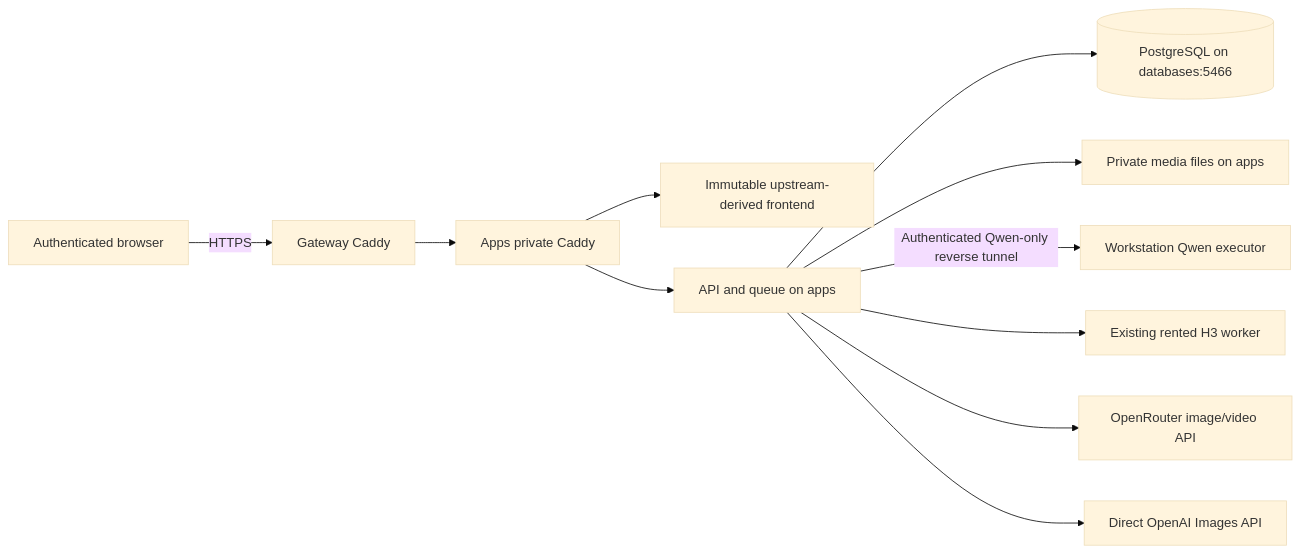
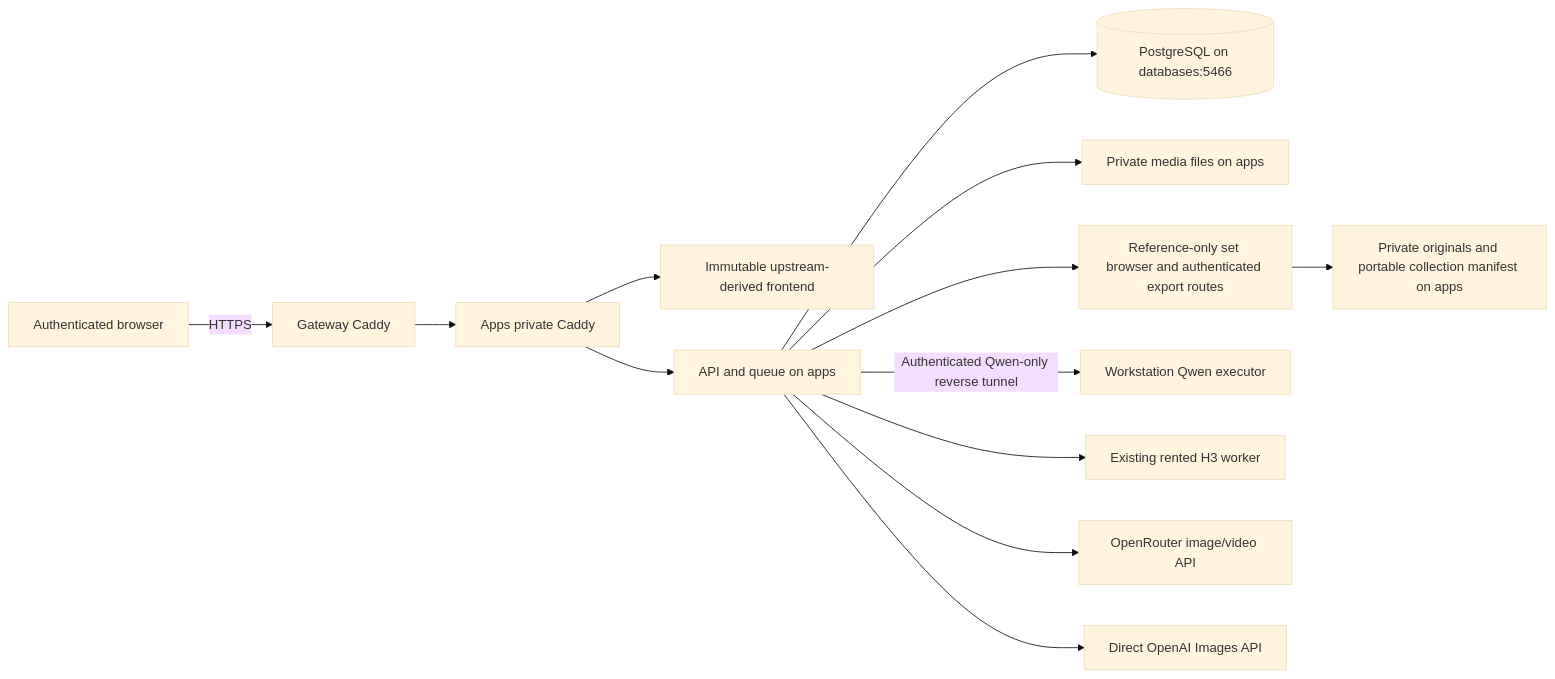
Before and after one commit to v-v-l/Open-Generative-AI: the diagram in docs/diagrams/data-flow.md, drawn with Mermaid (base theme). The commit also changed other lines of this file and 3 other files, not shown here.

Commit message:
Record verified reference set deployment and curation

````diff
--- a/docs/diagrams/data-flow.md
+++ b/docs/diagrams/data-flow.md
@@ -5,13 +6,15 @@
 ```mermaid
 flowchart LR
   Browser[Authenticated browser] -->|HTTPS| Gateway[Gateway Caddy]
   Gateway --> Apps[Apps private Caddy]
   Apps --> Static[Immutable upstream-derived frontend]
   Apps --> Backend[API and queue on apps]
   Backend --> DB[(PostgreSQL on databases:5466)]
   Backend --> Files[Private media files on apps]
+  Backend --> Reference[Reference-only set browser and authenticated export routes]
+  Reference --> Library[Private originals and portable collection manifest on apps]
   Backend -->|Authenticated Qwen-only reverse tunnel| Qwen[Workstation Qwen executor]
   Backend --> H3[Existing rented H3 worker]
   Backend --> OR[OpenRouter image/video API]
   Backend --> OpenAI[Direct OpenAI Images API]
 ```
````
